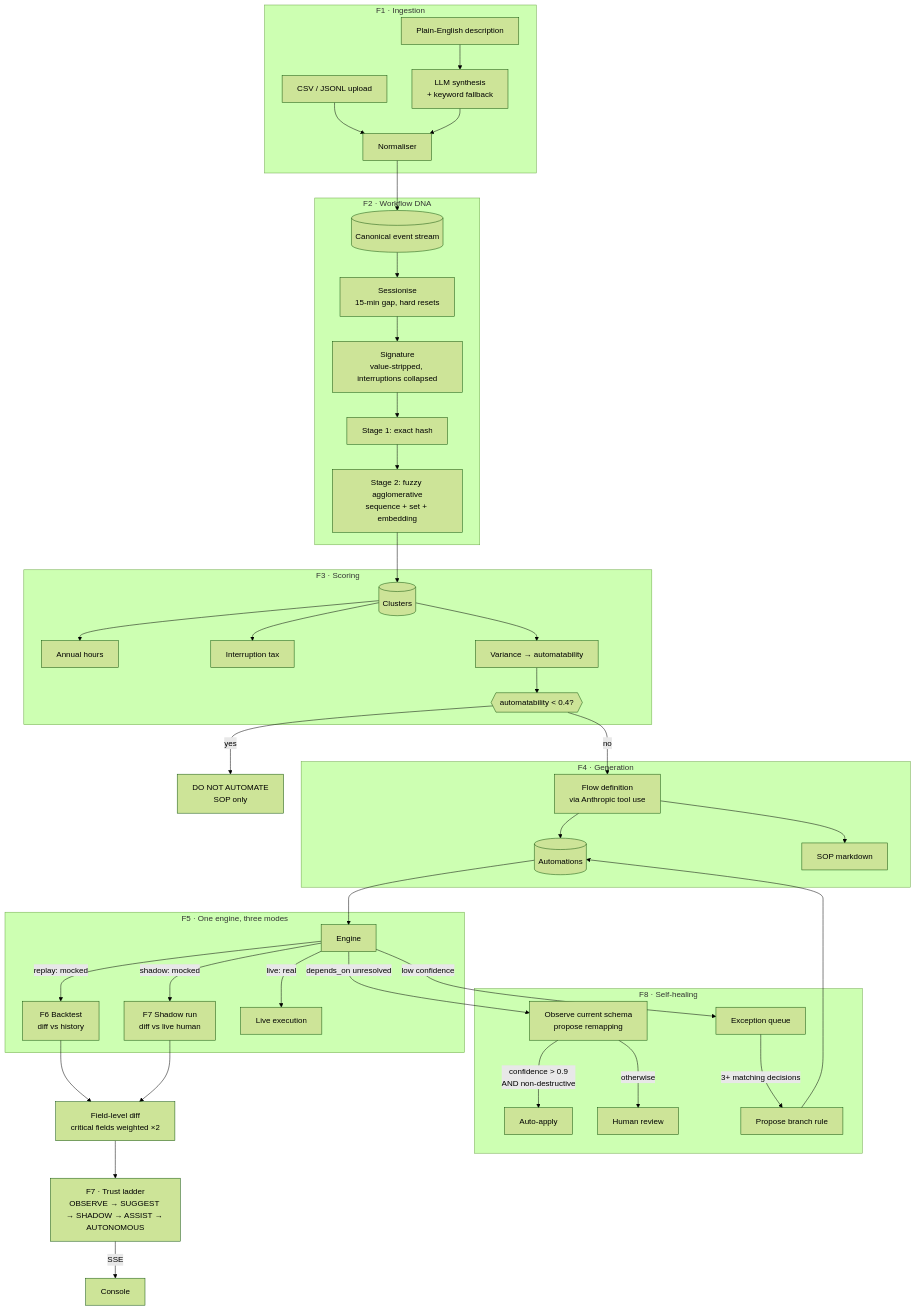
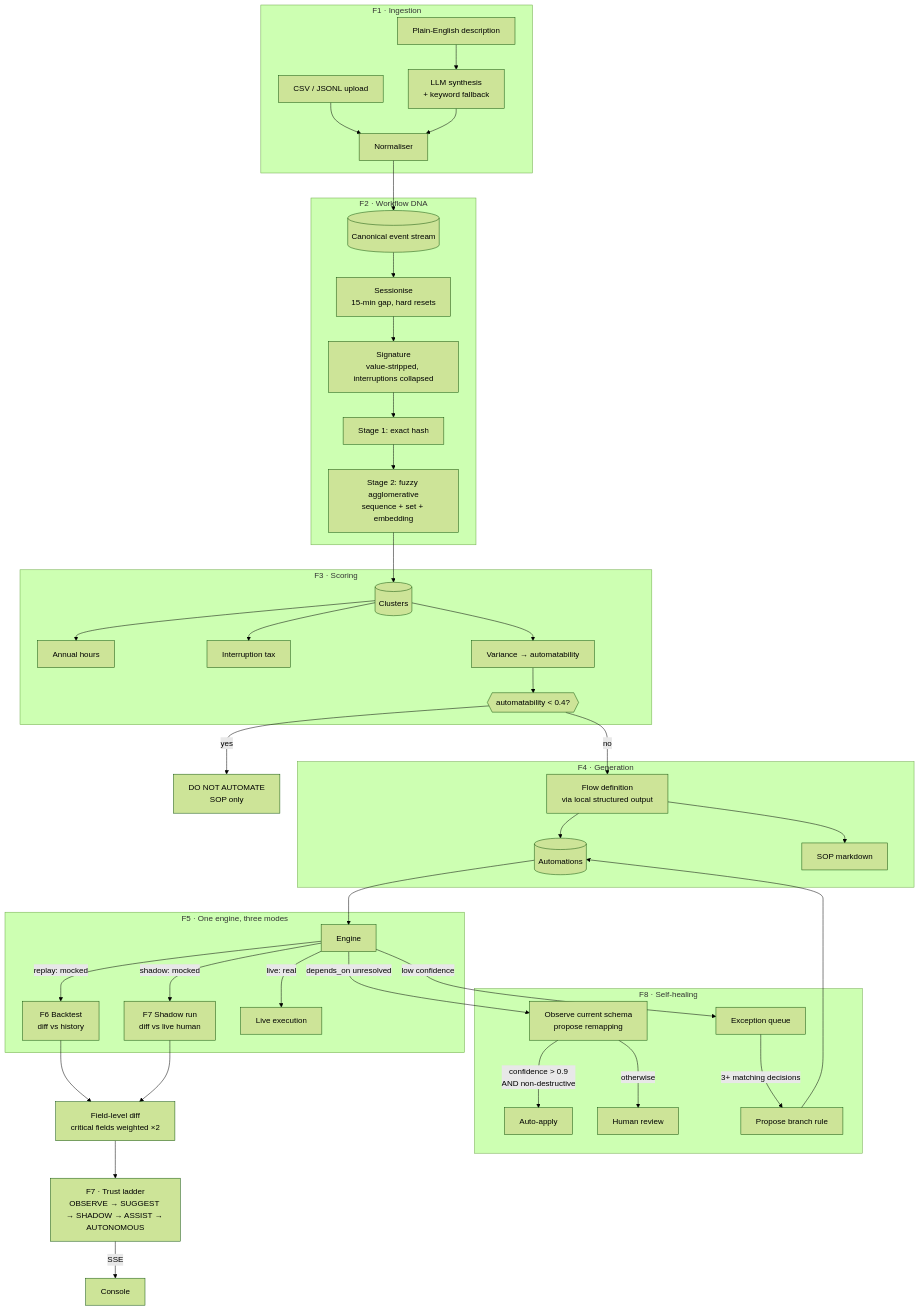
The diagram in README.md (Kartikkulk/loop-workflow-intelligence), drawn with Mermaid (forest theme) before and after one commit. The commit also changed other lines of this file and 19 other files, not shown here.

````diff
--- a/README.md
+++ b/README.md
@@ -219,57 +228,57 @@
 ```mermaid
 flowchart TB
     subgraph Ingest["F1 · Ingestion"]
         CSV[CSV / JSONL upload]
         PROSE[Plain-English description]
         CSV --> NORM[Normaliser]
         PROSE --> LLM1[LLM synthesis<br/>+ keyword fallback] --> NORM
     end
 
     NORM --> EV[(Canonical event stream)]
 
     subgraph DNA["F2 · Workflow DNA"]
         EV --> SESS[Sessionise<br/>15-min gap, hard resets]
         SESS --> SIG[Signature<br/>value-stripped, interruptions collapsed]
         SIG --> C1[Stage 1: exact hash]
         C1 --> C2[Stage 2: fuzzy agglomerative<br/>sequence + set + embedding]
     end
 
     C2 --> CL[(Clusters)]
 
     subgraph Score["F3 · Scoring"]
         CL --> HRS[Annual hours]
         CL --> TAX[Interruption tax]
         CL --> VAR[Variance → automatability]
         VAR --> DNA_FLAG{{automatability < 0.4?}}
     end
 
     DNA_FLAG -->|yes| SOPONLY[DO NOT AUTOMATE<br/>SOP only]
     DNA_FLAG -->|no| GEN
 
     subgraph Gen["F4 · Generation"]
-        GEN[Flow definition<br/>via Anthropic tool use] --> AUTO[(Automations)]
+        GEN[Flow definition<br/>via local structured output] --> AUTO[(Automations)]
         GEN --> SOP[SOP markdown]
     end
 
     subgraph Engine["F5 · One engine, three modes"]
         AUTO --> ENG[Engine]
         ENG -->|replay: mocked| RP[F6 Backtest<br/>diff vs history]
         ENG -->|shadow: mocked| SH[F7 Shadow run<br/>diff vs live human]
         ENG -->|live: real| LV[Live execution]
     end
 
     RP --> DIFF[Field-level diff<br/>critical fields weighted ×2]
     SH --> DIFF
 
     DIFF --> LADDER["F7 · Trust ladder<br/>OBSERVE → SUGGEST → SHADOW → ASSIST → AUTONOMOUS"]
     LADDER -->|SSE| UI[Console]
 
     subgraph Heal["F8 · Self-healing"]
         ENG -->|depends_on unresolved| DRIFT[Observe current schema<br/>propose remapping]
         DRIFT -->|confidence > 0.9<br/>AND non-destructive| APPLY[Auto-apply]
         DRIFT -->|otherwise| QUEUE[Human review]
         ENG -->|low confidence| EXC[Exception queue]
         EXC -->|3+ matching decisions| RULE[Propose branch rule]
         RULE --> AUTO
     end
 ```
````
